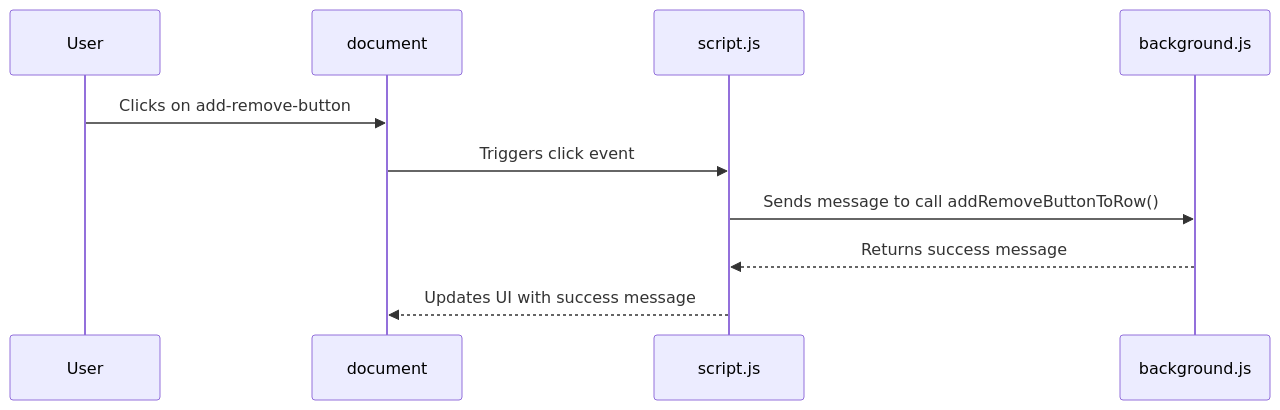
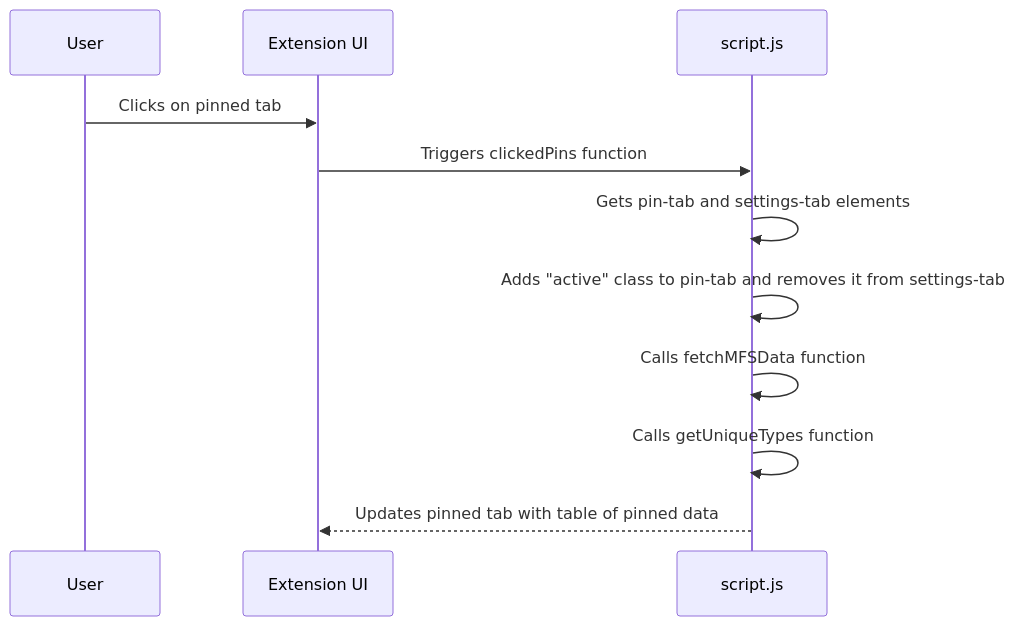
The tenth of 13 diagrams in docs/diagram.md (easierdata/web3-geo-extension), drawn with Mermaid before and after one commit. The commit also changed other lines of this file, not shown here.

Commit message:
Updated diagram with more details on the events in script.js

````diff
--- a/docs/diagram.md
+++ b/docs/diagram.md
@@ -230,12 +240,13 @@
 ```mermaid
 sequenceDiagram
     participant User
-    participant Document as document
+    participant Extension as Extension UI
     participant Script as script.js
-    participant BackgroundScript as background.js
-    User->>Document: Clicks on add-remove-button
-    Document->>Script: Triggers click event
-    Script->>BackgroundScript: Sends message to call addRemoveButtonToRow()
-    BackgroundScript-->>Script: Returns success message
-    Script-->>Document: Updates UI with success message
+    User->>Extension: Clicks on pinned tab
+    Extension->>Script: Triggers clickedPins function
+    Script->>Script: Gets pin-tab and settings-tab elements
+    Script->>Script: Adds "active" class to pin-tab and removes it from settings-tab
+    Script->>Script: Calls fetchMFSData function
+    Script->>Script: Calls getUniqueTypes function
+    Script-->>Extension: Updates pinned tab with table of pinned data
 ```
````
